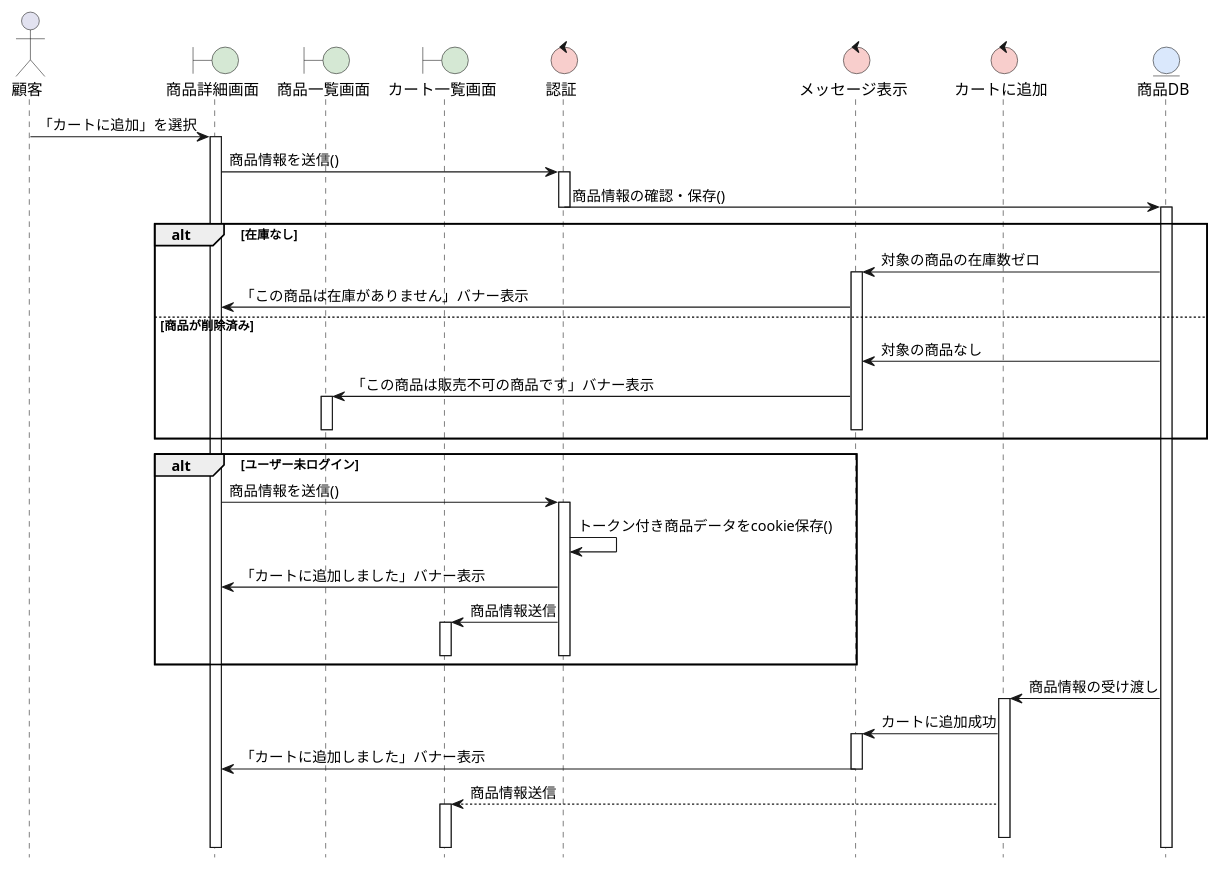
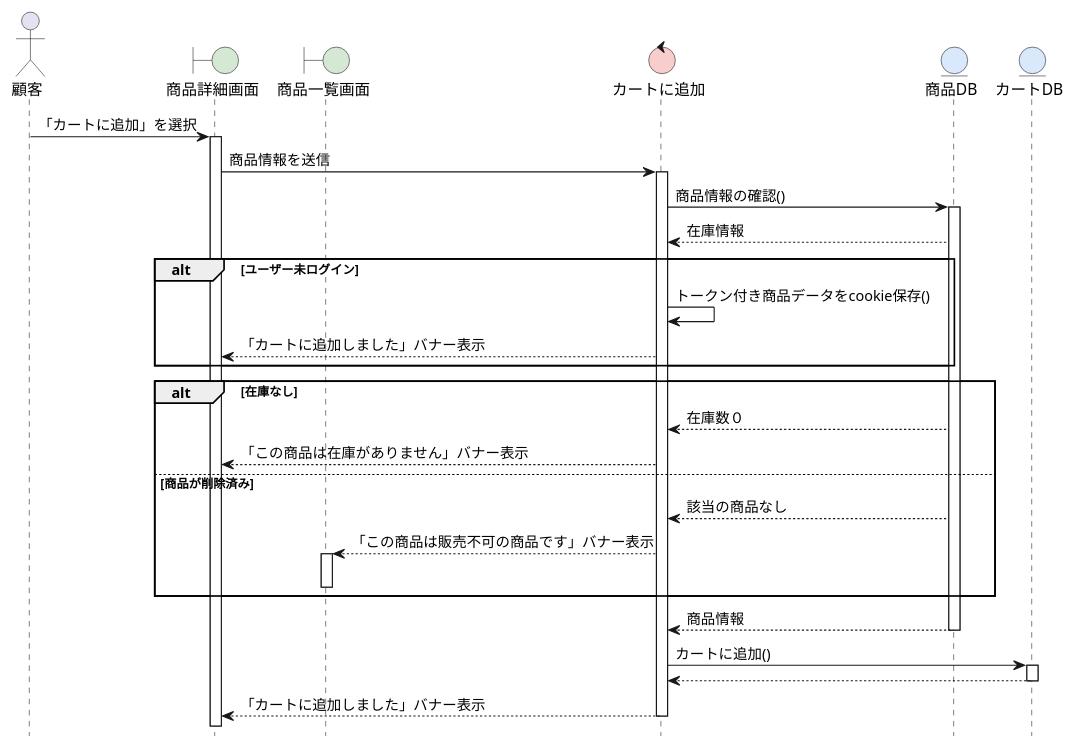
The diagram in BB/sequence_cart.pu (FujikawaHirono0520/group3_1_dogdog), drawn with PlantUML before and after one commit. The commit also changed 1 other file, not shown here.

```diff
--- a/BB/sequence_cart.pu
+++ b/BB/sequence_cart.pu
@@ -1,64 +1,56 @@
 @startuml
 hide footbox
 skinparam boundaryBackgroundColor #D5E8D4
 skinparam controlBackgroundColor  #F8CECC
 skinparam entityBackgroundColor   #DAE8FC
 
 actor 顧客 as user
 boundary 商品詳細画面 as B1
 boundary 商品一覧画面 as B2
-boundary カート一覧画面 as B3
-control 認証 as C1
-control メッセージ表示 as C2
+' control 認証 as C1
+' control メッセージ表示 as C2
 control カートに追加 as C3
-entity 商品DB as E
+entity 商品DB as E1
+entity カートDB as E2
 
 user -> B1: 「カートに追加」を選択
 activate B1
 
-B1 -> C1: 商品情報を送信()
-activate C1
-C1 -> E: 商品情報の確認・保存()
-deactivate C1
-activate E
+B1 -> C3: 商品情報を送信
+activate C3
+C3 -> E1: 商品情報の確認()
+activate E1
+E1 --> C3: 在庫情報
 
-alt 在庫なし
-    E -> C2: 対象の商品の在庫数ゼロ
-    activate C2
-    C2 -> B1: 「この商品は在庫がありません」バナー表示
-    deactivate C1
-else 商品が削除済み
-    E -> C2: 対象の商品なし
-    C2 -> B2: 「この商品は販売不可の商品です」バナー表示
-    activate B2
-    deactivate C1
-    deactivate B2
-    deactivate C2
+
+alt ユーザー未ログイン
+    C3 -> C3: トークン付き商品データをcookie保存()
+    C3 --> B1: 「カートに追加しました」バナー表示
 
 end
 
-alt ユーザー未ログイン
-    B1 -> C1: 商品情報を送信()
-    activate C1
-    C1 -> C1: トークン付き商品データをcookie保存()
-    C1 -> B1: 「カートに追加しました」バナー表示
-    C1 -> B3: 商品情報送信
-    activate B3
-    deactivate C1
-    deactivate B3
+alt 在庫なし
+    E1 --> C3: 在庫数０
+    
+    C3 --> B1: 「この商品は在庫がありません」バナー表示
+else 商品が削除済み
+    E1 --> C3: 該当の商品なし
+    C3 --> B2: 「この商品は販売不可の商品です」バナー表示
+    activate B2
+    deactivate B2
 
 end
 
 
-E -> C3: 商品情報の受け渡し
-activate C3
-C3 -> C2: カートに追加成功
-activate C2
-C2 -> B1: 「カートに追加しました」バナー表示
-deactivate C2
-C3 --> B3: 商品情報送信
-activate B3
+E1 --> C3: 商品情報
+deactivate E1
+C3 -> E2: カートに追加()
+activate E2
+E2 --> C3
+deactivate E2
+
+C3 --> B1: 「カートに追加しました」バナー表示
 deactivate C3
 
 
 @enduml
```
